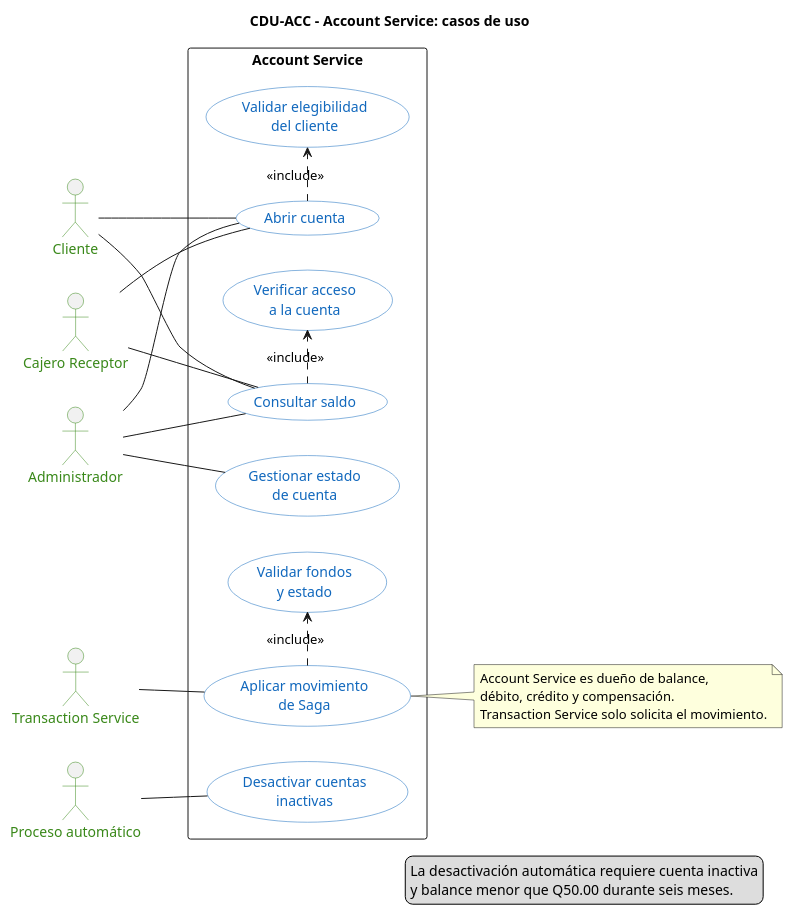
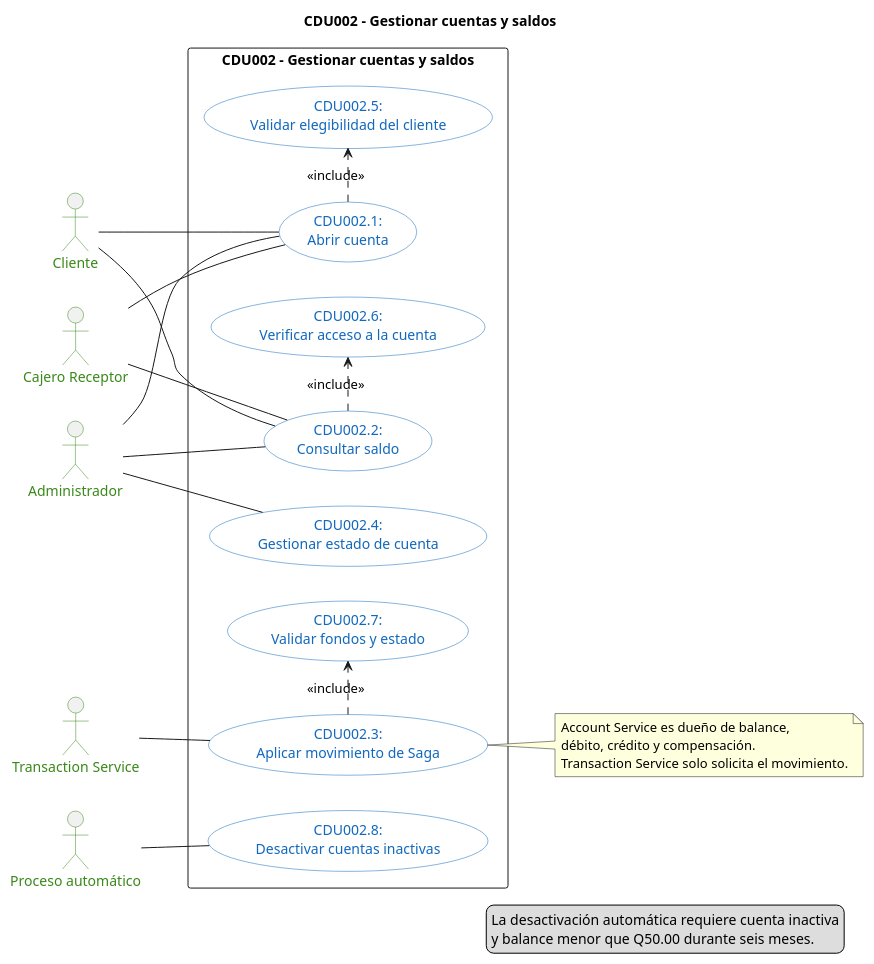
Before and after one commit to marcosbondel/Proyecto-SA-B-2: the diagram in docs/architecture/diagrams/cdu/account/account-casos-de-uso.puml, drawn with PlantUML. The commit also changed 62 other files, not shown here.

Commit message:
Reorganize CDU diagrams by numbered use cases

```diff
--- a/docs/architecture/diagrams/cdu/account/account-casos-de-uso.puml
+++ b/docs/architecture/diagrams/cdu/account/account-casos-de-uso.puml
@@ -1,59 +1,59 @@
 @startuml account-casos-de-uso
 left to right direction
 
-title CDU-ACC - Account Service: casos de uso
+title CDU002 - Gestionar cuentas y saldos
 
 skinparam shadowing false
 skinparam packageStyle rectangle
 skinparam usecase {
     BackgroundColor #FFFFFF
     BorderColor #1168BD
     FontColor #1168BD
 }
 skinparam actor {
     BorderColor #398819
     FontColor #398819
 }
 
-actor "Cliente" as cliente
-actor "Cajero Receptor" as cajero
-actor "Administrador" as admin
-actor "Transaction Service" as transaction
-actor "Proceso automático" as scheduler
+actor "Cliente" as actor_account_customer
+actor "Cajero Receptor" as actor_account_teller
+actor "Administrador" as actor_account_admin
+actor "Transaction Service" as actor_account_transaction
+actor "Proceso automático" as actor_account_scheduler
 
-rectangle "Account Service" as account {
-    usecase "Abrir cuenta" as open
-    usecase "Validar elegibilidad\ndel cliente" as eligibility
-    usecase "Consultar saldo" as balance
-    usecase "Verificar acceso\na la cuenta" as access
-    usecase "Aplicar movimiento\nde Saga" as movement
-    usecase "Validar fondos\ny estado" as funds
-    usecase "Gestionar estado\nde cuenta" as status
-    usecase "Desactivar cuentas\ninactivas" as automatic
+rectangle "CDU002 - Gestionar cuentas y saldos" as system_account {
+    usecase "CDU002.1:\nAbrir cuenta" as uc_account_open
+    usecase "CDU002.2:\nConsultar saldo" as uc_account_balance
+    usecase "CDU002.3:\nAplicar movimiento de Saga" as uc_account_movement
+    usecase "CDU002.4:\nGestionar estado de cuenta" as uc_account_status
+    usecase "CDU002.5:\nValidar elegibilidad del cliente" as uc_account_eligibility
+    usecase "CDU002.6:\nVerificar acceso a la cuenta" as uc_account_access
+    usecase "CDU002.7:\nValidar fondos y estado" as uc_account_funds
+    usecase "CDU002.8:\nDesactivar cuentas inactivas" as uc_account_automatic
 }
 
-cliente -- open
-cliente -- balance
-cajero -- open
-cajero -- balance
-admin -- open
-admin -- balance
-admin -- status
-transaction -- movement
-scheduler -- automatic
+actor_account_customer -- uc_account_open
+actor_account_customer -- uc_account_balance
+actor_account_teller -- uc_account_open
+actor_account_teller -- uc_account_balance
+actor_account_admin -- uc_account_open
+actor_account_admin -- uc_account_balance
+actor_account_admin -- uc_account_status
+actor_account_transaction -- uc_account_movement
+actor_account_scheduler -- uc_account_automatic
 
-open .> eligibility : <<include>>
-balance .> access : <<include>>
-movement .> funds : <<include>>
+uc_account_open .> uc_account_eligibility : <<include>>
+uc_account_balance .> uc_account_access : <<include>>
+uc_account_movement .> uc_account_funds : <<include>>
 
-note right of movement
+note right of uc_account_movement
     Account Service es dueño de balance,
     débito, crédito y compensación.
     Transaction Service solo solicita el movimiento.
 end note
 
 legend right
     La desactivación automática requiere cuenta inactiva
     y balance menor que Q50.00 durante seis meses.
 endlegend
 @enduml
```
